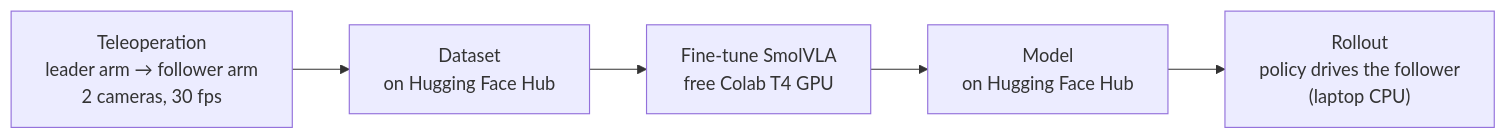
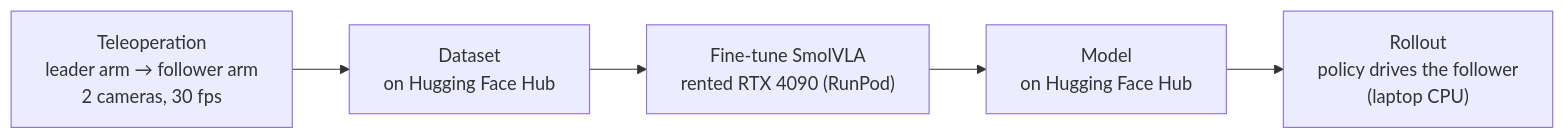
One commit to jakobreinhardt/VLA_Trial changed the diagram in README.md. Above: the diagram before and after it, drawn with Mermaid. The commit also changed other lines of this file and 7 other files, not shown here.

````diff
--- a/README.md
+++ b/README.md
@@ -23,7 +23,7 @@
 ```mermaid
 flowchart LR
     A["Teleoperation<br/>leader arm → follower arm<br/>2 cameras, 30 fps"] --> B["Dataset<br/>on Hugging Face Hub"]
-    B --> C["Fine-tune SmolVLA<br/>free Colab T4 GPU"]
+    B --> C["Fine-tune SmolVLA<br/>rented RTX 4090 (RunPod)"]
     C --> D["Model<br/>on Hugging Face Hub"]
     D --> E["Rollout<br/>policy drives the follower<br/>(laptop CPU)"]
 ```
````
